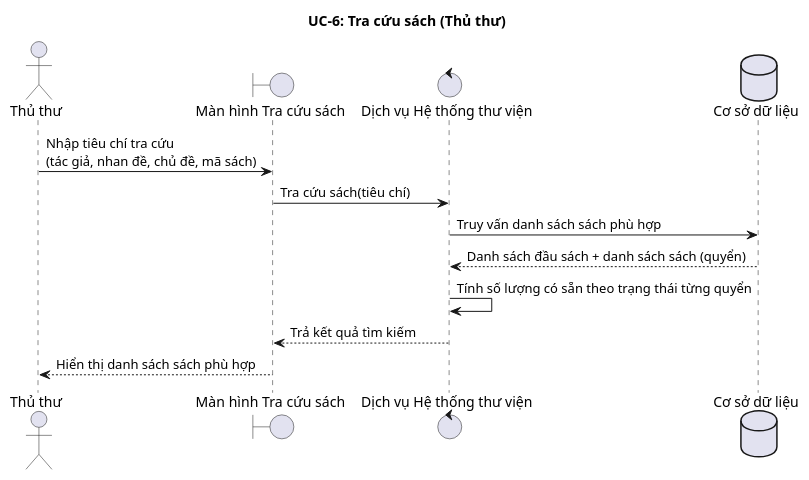
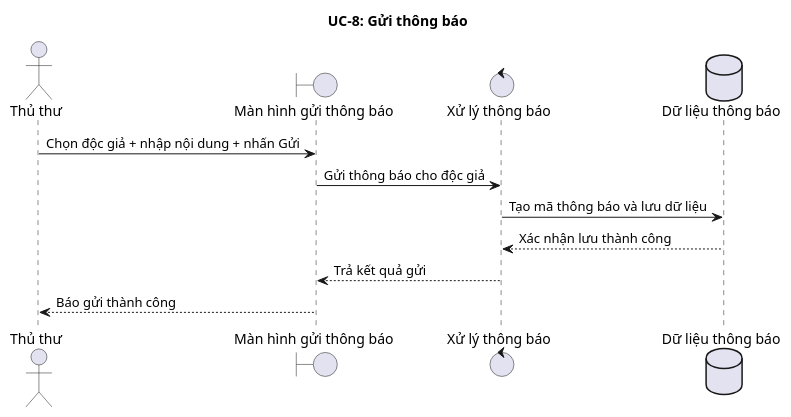
The eighth of 14 diagrams in docs/SEQUENCE_UC_DA_LAM.md (TienDungwork/Nhom3_PTTK-HTTT), drawn with PlantUML before and after one commit. The commit also changed other lines of this file and 22 other files, not shown here.

````diff
--- a/docs/SEQUENCE_UC_DA_LAM.md
+++ b/docs/SEQUENCE_UC_DA_LAM.md
@@ -156,18 +225,17 @@
 ```puml
 @startuml
-title UC-6: Tra cứu sách (Thủ thư)
+title UC-8: Gửi thông báo
 
 actor ThuThu as "Thủ thư"
-boundary SearchUI as "Màn hình Tra cứu sách"
-control BookSearchService as "Dịch vụ Hệ thống thư viện"
-database LibraryDB as "Cơ sở dữ liệu"
+boundary ManHinhThongBao as "Màn hình gửi thông báo"
+control XuLyThongBao as "Xử lý thông báo"
+database DuLieuThongBao as "Dữ liệu thông báo"
 
-ThuThu -> SearchUI: Nhập tiêu chí tra cứu\n(tác giả, nhan đề, chủ đề, mã sách)
-SearchUI -> BookSearchService: Tra cứu sách(tiêu chí)
-BookSearchService -> LibraryDB: Truy vấn danh sách sách phù hợp
-LibraryDB --> BookSearchService: Danh sách đầu sách + danh sách sách (quyển)
-BookSearchService -> BookSearchService: Tính số lượng có sẵn theo trạng thái từng quyển
-BookSearchService --> SearchUI: Trả kết quả tìm kiếm
-SearchUI --> ThuThu: Hiển thị danh sách sách phù hợp
+ThuThu -> ManHinhThongBao: Chọn độc giả + nhập nội dung + nhấn Gửi
+ManHinhThongBao -> XuLyThongBao: Gửi thông báo cho độc giả
+XuLyThongBao -> DuLieuThongBao: Tạo mã thông báo và lưu dữ liệu
+DuLieuThongBao --> XuLyThongBao: Xác nhận lưu thành công
+XuLyThongBao --> ManHinhThongBao: Trả kết quả gửi
+ManHinhThongBao --> ThuThu: Báo gửi thành công
 @enduml
 ```
````
